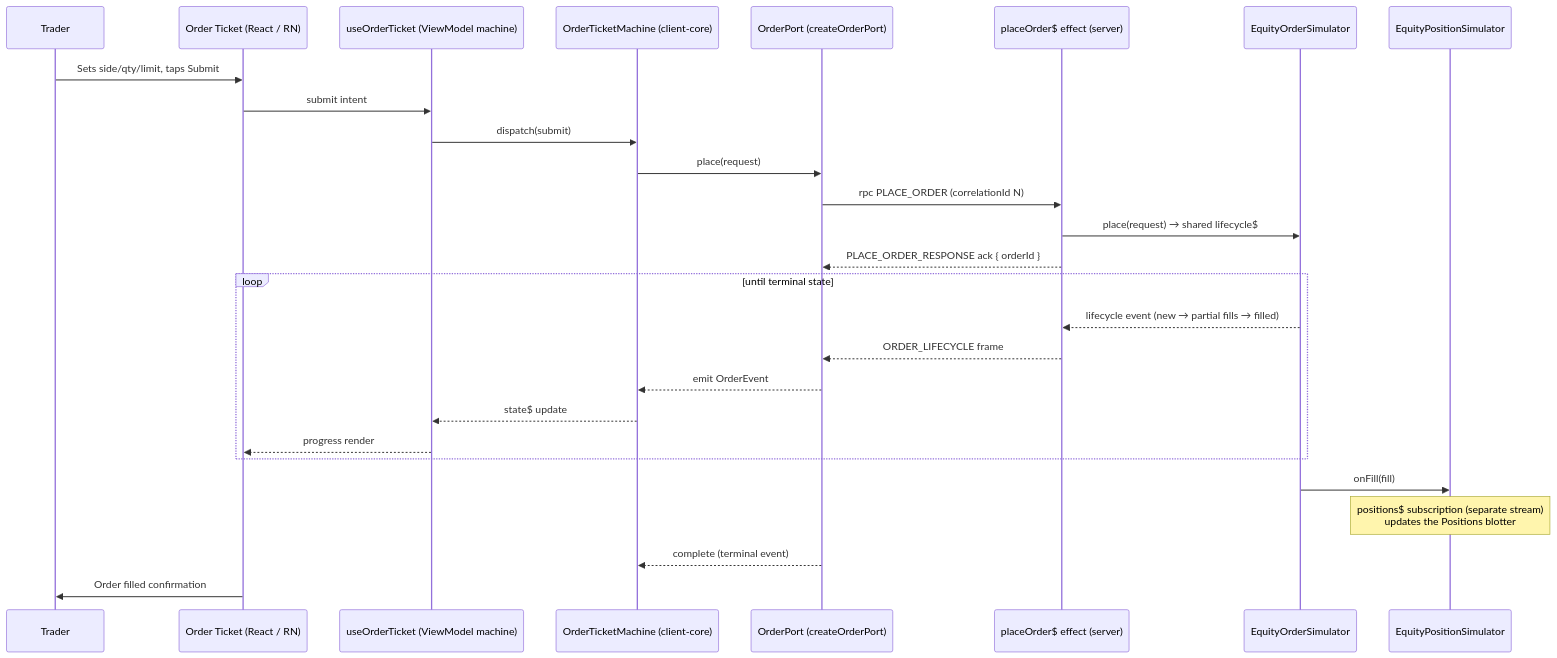
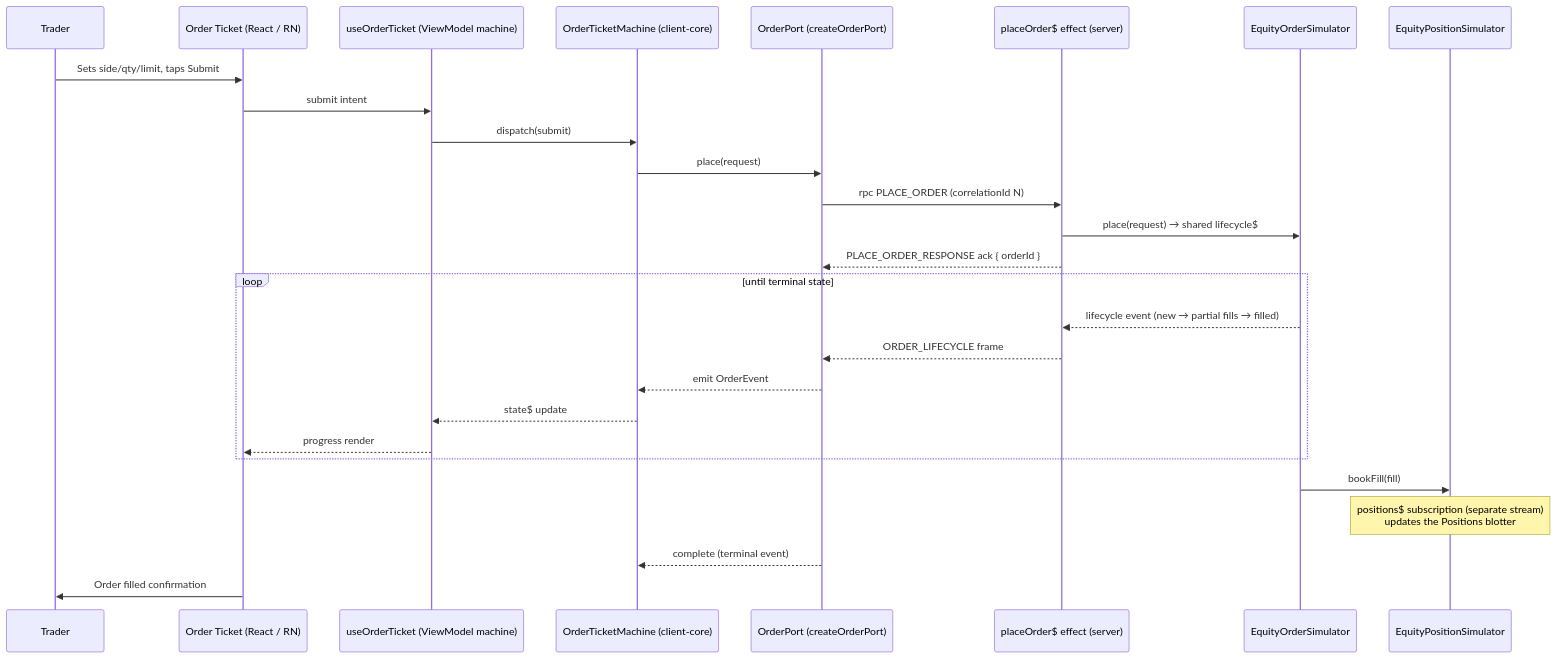
Before and after one commit to bettersoftware-io/ReactiveTraderCloudClone: the fourth of 4 diagrams in docs/architecture/04-sequence-diagrams.md, drawn with Mermaid. The commit also changed 8 other files, not shown here.

````diff
--- a/docs/architecture/04-sequence-diagrams.md
+++ b/docs/architecture/04-sequence-diagrams.md
@@ -175,30 +175,30 @@
 ```mermaid
 sequenceDiagram
     participant Trader
     participant Ticket as Order Ticket (React / RN)
     participant Hook as useOrderTicket (ViewModel machine)
     participant Machine as OrderTicketMachine (client-core)
     participant Port as OrderPort (createOrderPort)
     participant Effect as placeOrder$ effect (server)
     participant OrderSim as EquityOrderSimulator
     participant PosSim as EquityPositionSimulator
 
     Trader->>Ticket: Sets side/qty/limit, taps Submit
     Ticket->>Hook: submit intent
     Hook->>Machine: dispatch(submit)
     Machine->>Port: place(request)
     Port->>Effect: rpc PLACE_ORDER (correlationId N)
     Effect->>OrderSim: place(request) → shared lifecycle$
     Effect-->>Port: PLACE_ORDER_RESPONSE ack { orderId }
     loop until terminal state
         OrderSim-->>Effect: lifecycle event (new → partial fills → filled)
         Effect-->>Port: ORDER_LIFECYCLE frame
         Port-->>Machine: emit OrderEvent
         Machine-->>Hook: state$ update
         Hook-->>Ticket: progress render
     end
-    OrderSim->>PosSim: onFill(fill)
+    OrderSim->>PosSim: bookFill(fill)
     Note over PosSim: positions$ subscription (separate stream)<br/>updates the Positions blotter
     Port-->>Machine: complete (terminal event)
     Ticket->>Trader: Order filled confirmation
 ```
````
